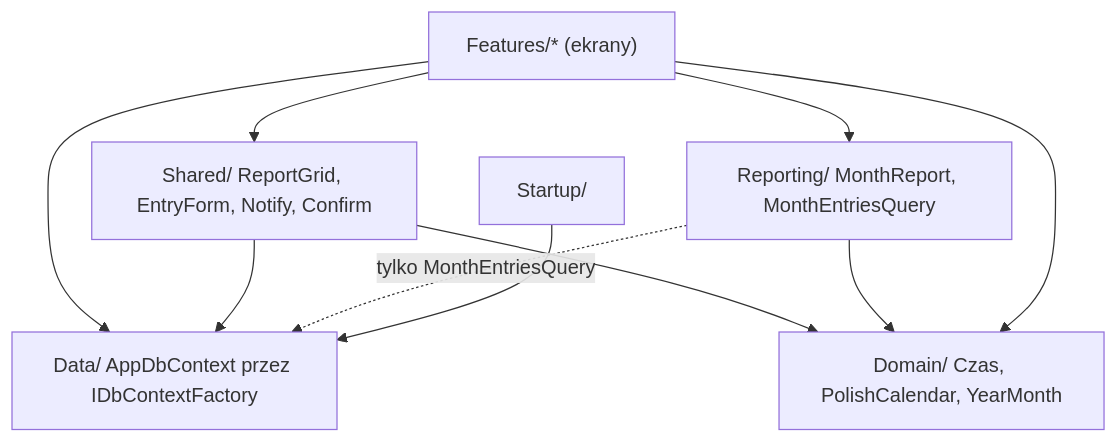
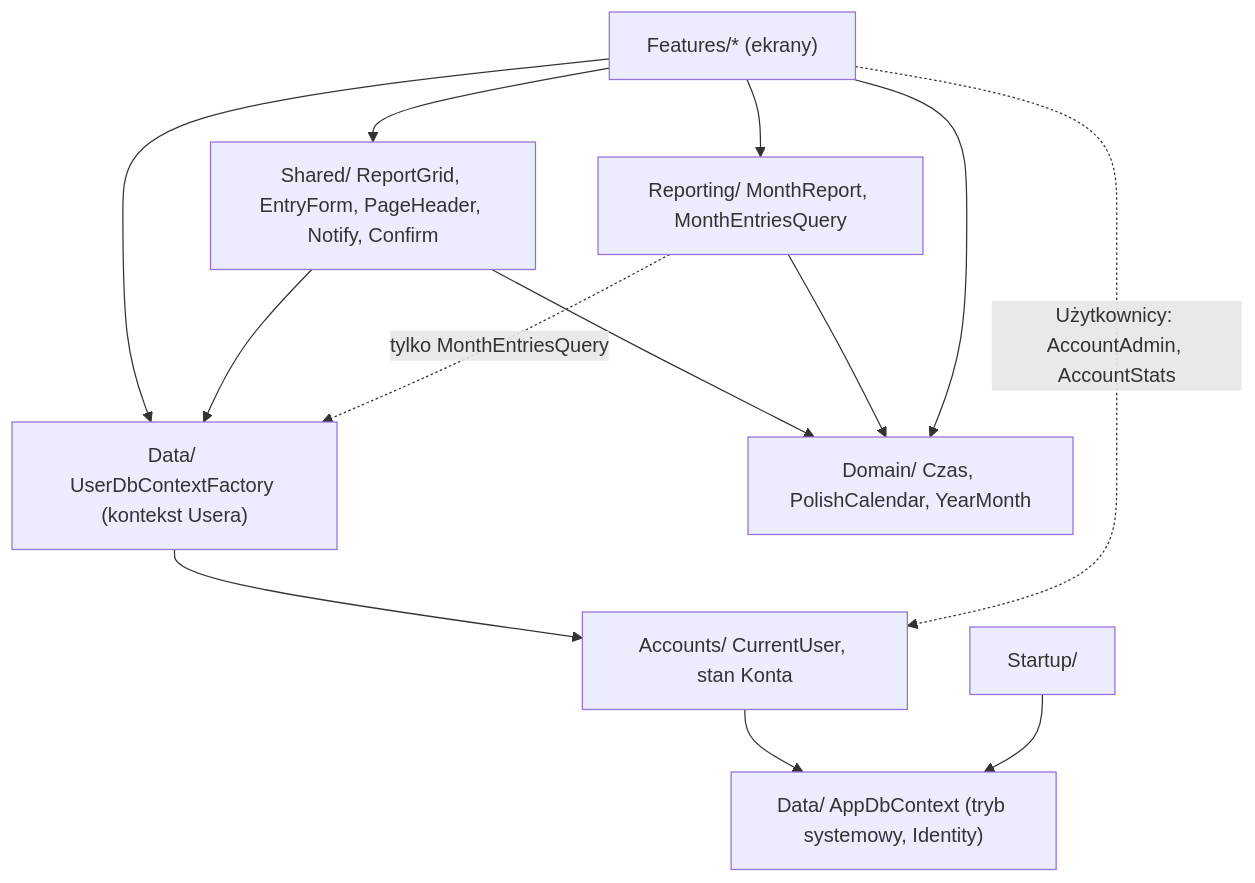
The first of 3 diagrams in _bmad-output/initiative-rejestr-czasu/architecture-rejestr-czasu/architecture-rejestr-czasu.md (AgraelPL/rejestr-czasu-bmad), drawn with Mermaid before and after one commit. The commit also changed other lines of this file and 6 other files, not shown here.

````diff
--- a/_bmad-output/initiative-rejestr-czasu/architecture-rejestr-czasu/architecture-rejestr-czasu.md
+++ b/_bmad-output/initiative-rejestr-czasu/architecture-rejestr-czasu/architecture-rejestr-czasu.md
@@ -34,12 +37,15 @@
 ```mermaid
 graph TD
-  Features["Features/* (ekrany)"] --> Shared["Shared/ ReportGrid, EntryForm, Notify, Confirm"]
+  Features["Features/* (ekrany)"] --> Shared["Shared/ ReportGrid, EntryForm, PageHeader, Notify, Confirm"]
   Features --> Reporting["Reporting/ MonthReport, MonthEntriesQuery"]
-  Features --> Data["Data/ AppDbContext przez IDbContextFactory"]
-  Shared --> Data
+  Features --> UserData["Data/ UserDbContextFactory (kontekst Usera)"]
+  Shared --> UserData
   Shared --> Domain["Domain/ Czas, PolishCalendar, YearMonth"]
   Reporting --> Domain
-  Reporting -.->|tylko MonthEntriesQuery| Data
+  Reporting -.->|tylko MonthEntriesQuery| UserData
   Features --> Domain
+  UserData --> Accounts["Accounts/ CurrentUser, stan Konta"]
+  Features -.->|Użytkownicy: AccountAdmin, AccountStats| Accounts
+  Accounts --> Data["Data/ AppDbContext (tryb systemowy, Identity)"]
   Startup["Startup/"] --> Data
 ```
````
